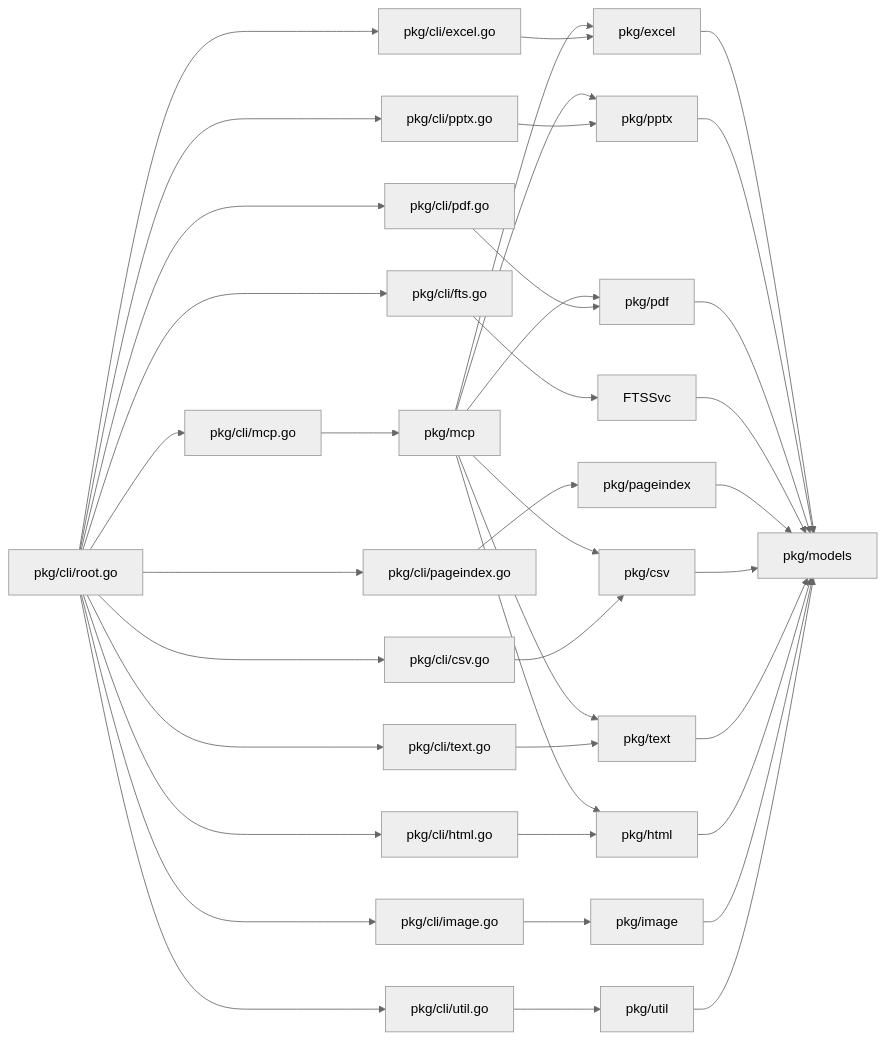
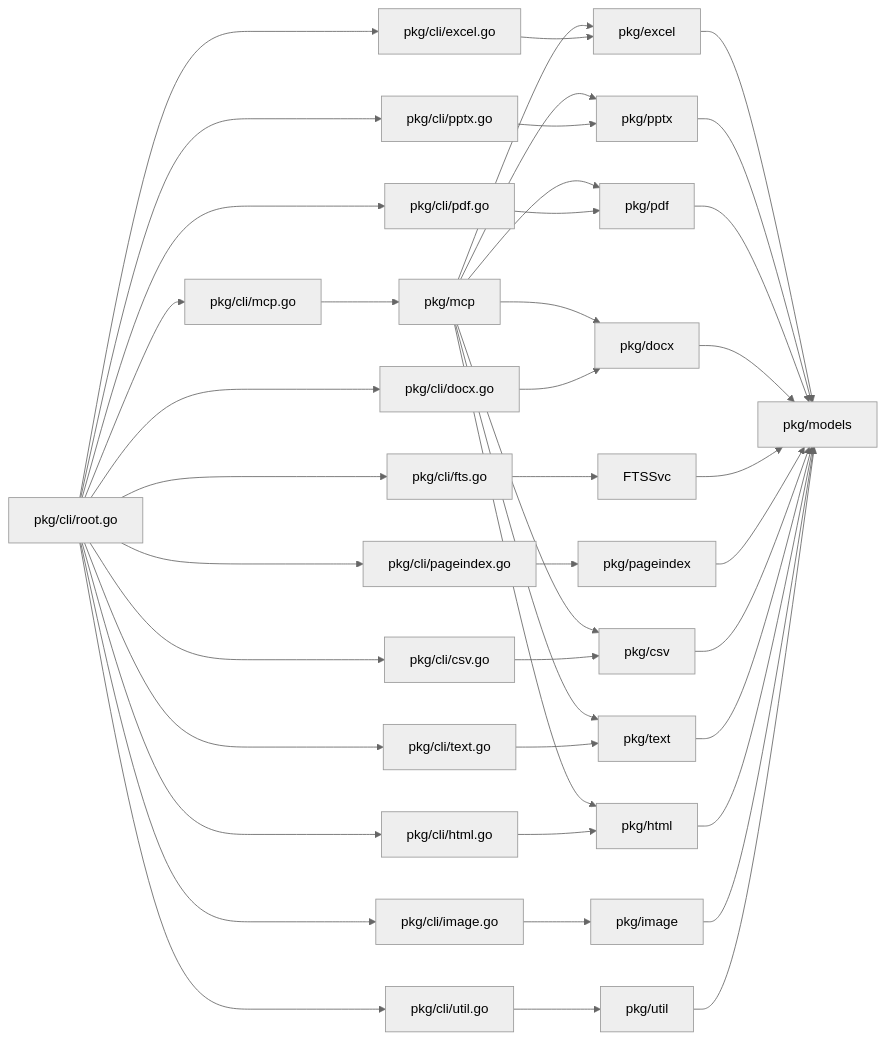
The fifth of 5 diagrams in doc/design.md (snaga/doctools-cli), drawn with Mermaid (neutral theme) before and after one commit. The commit also changed other lines of this file and 6 other files, not shown here.

````diff
--- a/doc/design.md
+++ b/doc/design.md
@@ -527,35 +541,38 @@
 ```mermaid
 graph LR
     RootCmd["pkg/cli/root.go"] --> ExcelCmd["pkg/cli/excel.go"]
     RootCmd --> PPTXCmd["pkg/cli/pptx.go"]
     RootCmd --> PDFCmd["pkg/cli/pdf.go"]
     RootCmd --> FTSCmd["pkg/cli/fts.go"]
     RootCmd --> PICmd["pkg/cli/pageindex.go"]
     RootCmd --> CSVCmd["pkg/cli/csv.go"]
     RootCmd --> TextCmd["pkg/cli/text.go"]
     RootCmd --> HTMLCmd["pkg/cli/html.go"]
+    RootCmd --> DocxCmd["pkg/cli/docx.go"]
     RootCmd --> ImageCmd["pkg/cli/image.go"]
     RootCmd --> UtilCmd["pkg/cli/util.go"]
     RootCmd --> MCPCmd["pkg/cli/mcp.go"]
     
     MCPCmd --> MCPSvc["pkg/mcp"]
     MCPSvc --> ExcelSvc["pkg/excel"]
     MCPSvc --> PPTXSvc["pkg/pptx"]
     MCPSvc --> PDFSvc["pkg/pdf"]
+    MCPSvc --> DocxSvc["pkg/docx"]
     MCPSvc --> HTMLSvc["pkg/html"]
     MCPSvc --> CSVSvc["pkg/csv"]
     MCPSvc --> TextSvc["pkg/text"]
 
     ExcelCmd --> ExcelSvc
     PPTXCmd --> PPTXSvc
     PDFCmd --> PDFSvc
+    DocxCmd --> DocxSvc
     FTSCmd --> FTSSvc
     PICmd --> PISvc["pkg/pageindex"]
     CSVCmd --> CSVSvc
     TextCmd --> TextSvc
     HTMLCmd --> HTMLSvc
     ImageCmd --> ImageSvc["pkg/image"]
     UtilCmd --> UtilSvc["pkg/util"]
 
-    ExcelSvc & PPTXSvc & PDFSvc & FTSSvc & PISvc & CSVSvc & TextSvc & HTMLSvc & ImageSvc & UtilSvc --> ModelsPkg["pkg/models"]
+    ExcelSvc & PPTXSvc & PDFSvc & DocxSvc & FTSSvc & PISvc & CSVSvc & TextSvc & HTMLSvc & ImageSvc & UtilSvc --> ModelsPkg["pkg/models"]
 ```
````
